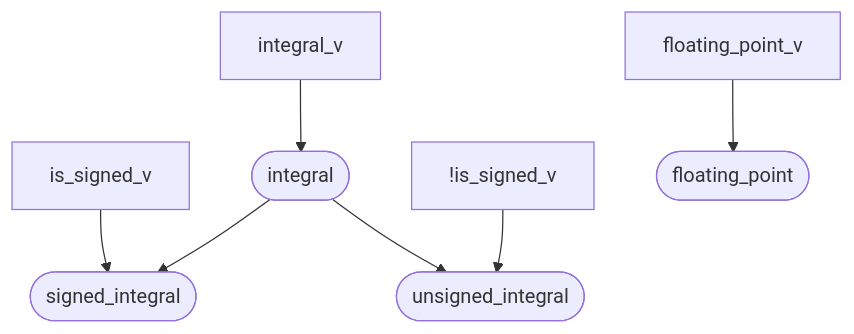
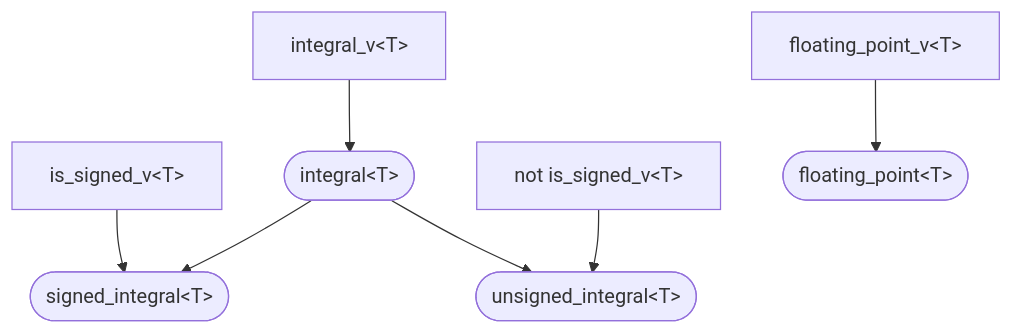
Before and after one commit to yohhoy/cpp-concepts: the first of 15 diagrams in README.md, drawn with Mermaid. The commit also changed other lines of this file, not shown here.

````diff
--- a/README.md
+++ b/README.md
@@ -7,13 +7,13 @@
 ```mermaid
 graph TD
     %% std::integral<T>
-    integral_v[integral_v] --> integral([integral]);
+    integral_v["integral_v&lt;T&gt;"] --> integral(["integral&lt;T&gt;"]);
     %% std::signed_integral<T>
-    integral --> signed_integral([signed_integral]);
-    is_signed_v[is_signed_v] --> signed_integral;
+    integral --> signed_integral(["signed_integral&lt;T&gt;"]);
+    is_signed_v["is_signed_v&lt;T&gt;"] --> signed_integral;
     %% std::unsigned_integral<T>
-    not_signed_v[!is_signed_v] --> unsigned_integral([unsigned_integral]);
+    not_signed_v["not is_signed_v&lt;T&gt;"] --> unsigned_integral(["unsigned_integral&lt;T&gt;"]);
     integral --> unsigned_integral;
     %% std::floating_point<T>
-    floating_point_v[floating_point_v] --> floating_point([floating_point])
+    floating_point_v["floating_point_v&lt;T&gt;"] --> floating_point(["floating_point&lt;T&gt;"]);
 ```
````
